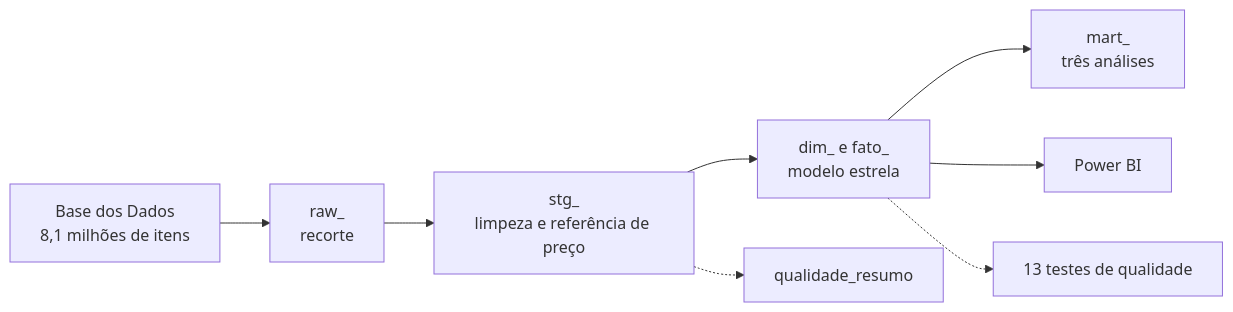
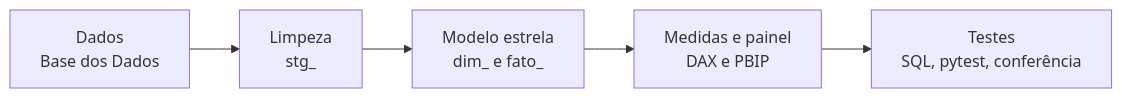
Before and after one commit to diaquinodev/inteligencia-de-compra: the diagram in README.md, drawn with Mermaid. The commit also changed other lines of this file, not shown here.

First line of the commit message:
docs: README para o diferencial do painel gerado por código (#20)

````diff
--- a/README.md
+++ b/README.md
@@ -117,10 +40,7 @@
 ```mermaid
 flowchart LR
-    A[Base dos Dados<br/>8,1 milhões de itens] --> B[raw_<br/>recorte]
-    B --> C[stg_<br/>limpeza e referência de preço]
-    C --> D[dim_ e fato_<br/>modelo estrela]
-    D --> E[mart_<br/>três análises]
-    D --> F[Power BI]
-    C -.-> G[qualidade_resumo]
-    D -.-> H[13 testes de qualidade]
+    A[Dados<br/>Base dos Dados] --> B[Limpeza<br/>stg_]
+    B --> C[Modelo estrela<br/>dim_ e fato_]
+    C --> D[Medidas e painel<br/>DAX e PBIP]
+    D --> E[Testes<br/>SQL, pytest, conferência]
 ```
````
